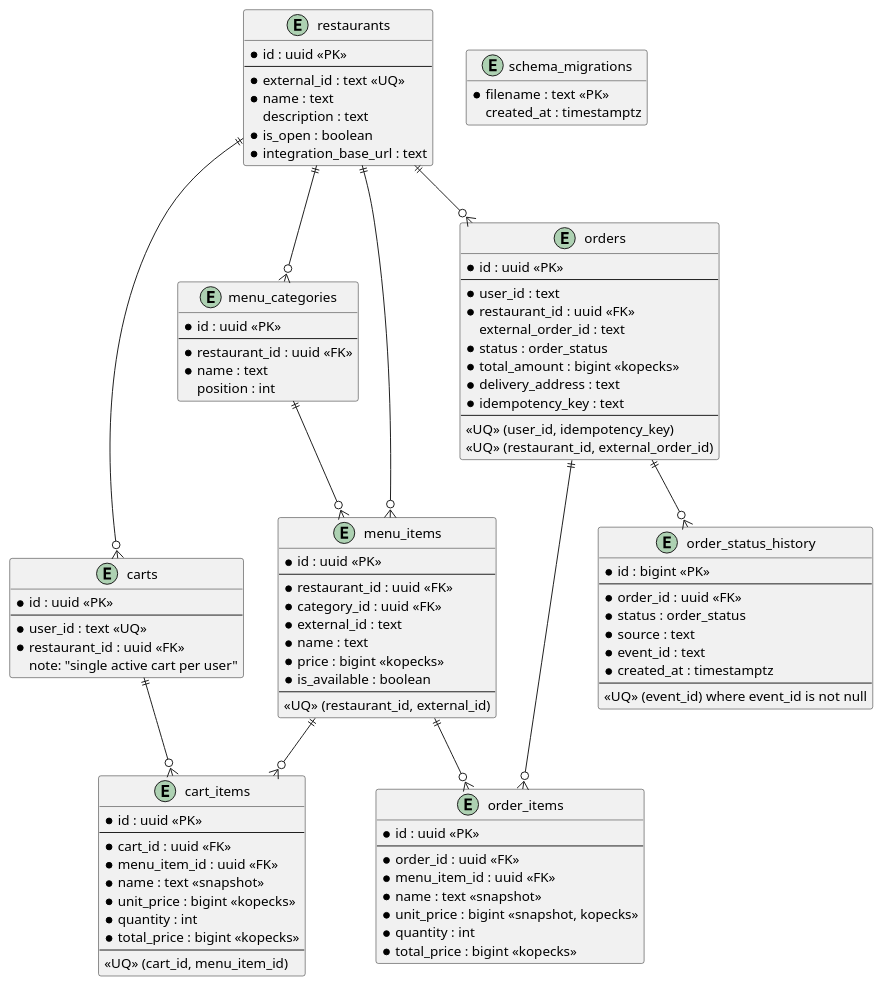
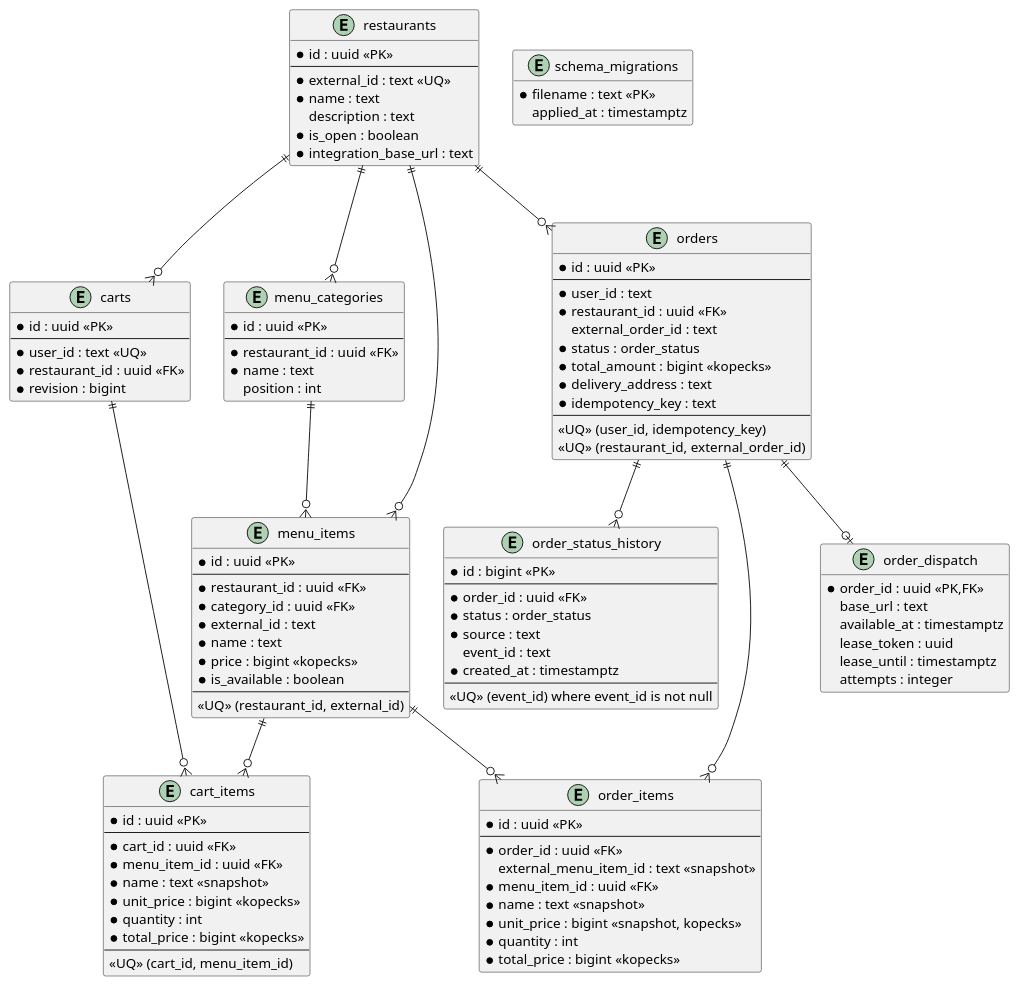
The diagram in docs/erd.puml (Aam-Shaegar/kitchenflow), drawn with PlantUML before and after one commit. The commit also changed 10 other files, not shown here.

Commit message:
Align API contract, startup guide and architecture with runtime behavior

```diff
--- a/docs/erd.puml
+++ b/docs/erd.puml
@@ -1,110 +1,121 @@
 @startuml
 hide methods
 hide stereotypes
 
 entity restaurants {
   * id : uuid <<PK>>
   --
   * external_id : text <<UQ>>
   * name : text
   description : text
   * is_open : boolean
   * integration_base_url : text
 }
 
 entity menu_categories {
   * id : uuid <<PK>>
   --
   * restaurant_id : uuid <<FK>>
   * name : text
   position : int
 }
 
 entity menu_items {
   * id : uuid <<PK>>
   --
   * restaurant_id : uuid <<FK>>
   * category_id : uuid <<FK>>
   * external_id : text
   * name : text
   * price : bigint <<kopecks>>
   * is_available : boolean
   --
   <<UQ>> (restaurant_id, external_id)
 }
 
 entity carts {
   * id : uuid <<PK>>
   --
   * user_id : text <<UQ>>
   * restaurant_id : uuid <<FK>>
-  note: "single active cart per user"
+  * revision : bigint
 }
 
 entity cart_items {
   * id : uuid <<PK>>
   --
   * cart_id : uuid <<FK>>
   * menu_item_id : uuid <<FK>>
   * name : text <<snapshot>>
   * unit_price : bigint <<kopecks>>
   * quantity : int
   * total_price : bigint <<kopecks>>
   --
   <<UQ>> (cart_id, menu_item_id)
 }
 
 entity orders {
   * id : uuid <<PK>>
   --
   * user_id : text
   * restaurant_id : uuid <<FK>>
   external_order_id : text
   * status : order_status
   * total_amount : bigint <<kopecks>>
   * delivery_address : text
   * idempotency_key : text
   --
   <<UQ>> (user_id, idempotency_key)
   <<UQ>> (restaurant_id, external_order_id)
 }
 
 entity order_items {
   * id : uuid <<PK>>
   --
   * order_id : uuid <<FK>>
+  external_menu_item_id : text <<snapshot>>
   * menu_item_id : uuid <<FK>>
   * name : text <<snapshot>>
   * unit_price : bigint <<snapshot, kopecks>>
   * quantity : int
   * total_price : bigint <<kopecks>>
+}
+
+entity order_dispatch {
+  * order_id : uuid <<PK,FK>>
+  base_url : text
+  available_at : timestamptz
+  lease_token : uuid
+  lease_until : timestamptz
+  attempts : integer
 }
 
 entity order_status_history {
   * id : bigint <<PK>>
   --
   * order_id : uuid <<FK>>
   * status : order_status
   * source : text
-  * event_id : text
+  event_id : text
   * created_at : timestamptz
   --
   <<UQ>> (event_id) where event_id is not null
 }
 
 entity schema_migrations {
   * filename : text <<PK>>
-  created_at : timestamptz
+  applied_at : timestamptz
 }
 
 restaurants ||--o{ menu_categories
 menu_categories ||--o{ menu_items
 restaurants ||--o{ menu_items
 restaurants ||--o{ carts
 carts ||--o{ cart_items
 menu_items ||--o{ cart_items
 restaurants ||--o{ orders
 orders ||--o{ order_items
 menu_items ||--o{ order_items
+orders ||--o| order_dispatch
 orders ||--o{ order_status_history
 @enduml
```
